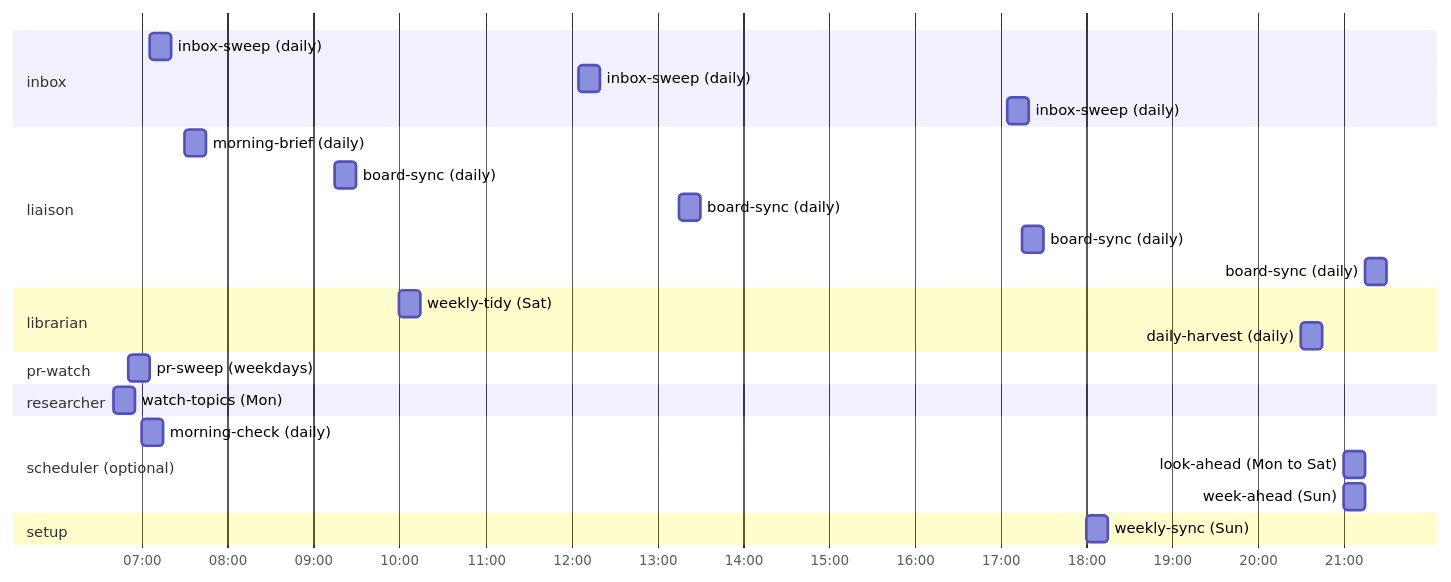
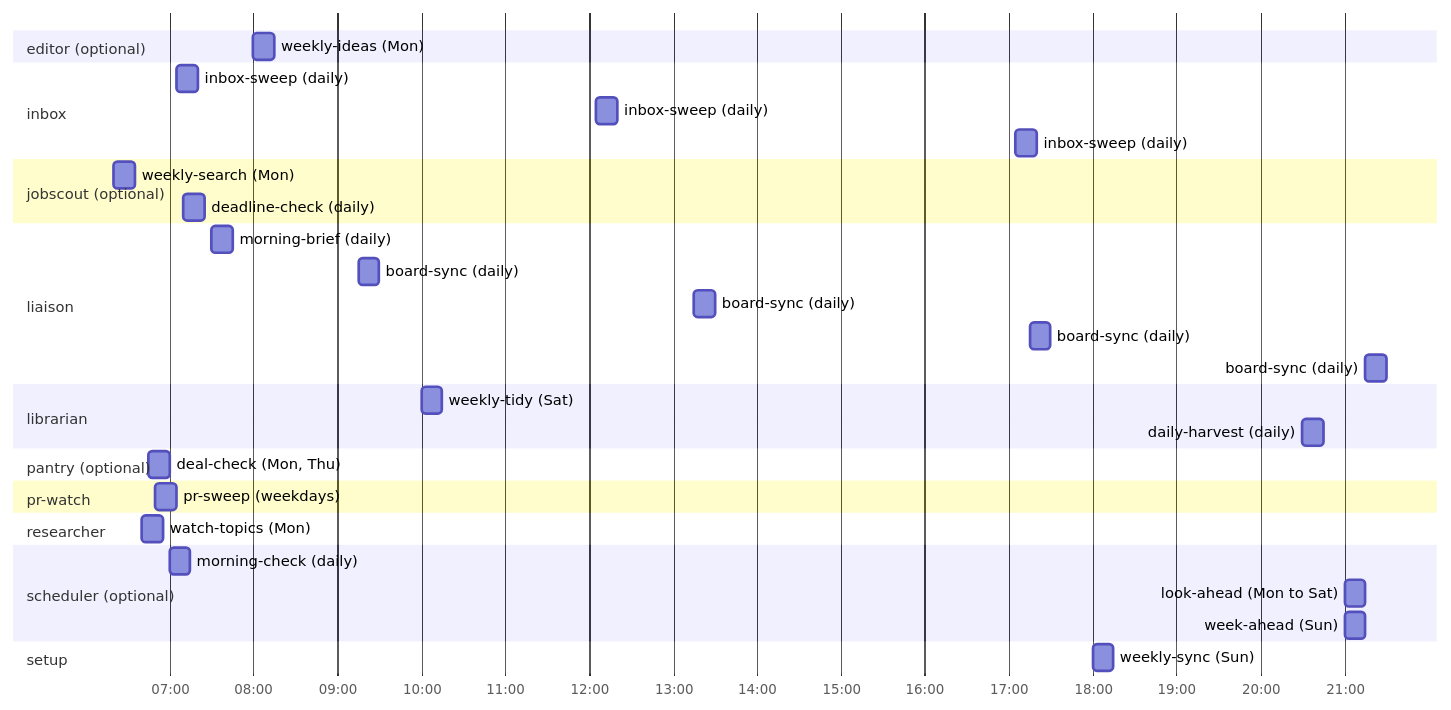
The third of 3 diagrams in docs/bot-chart.md (dfakkeldy/fakkelbot), drawn with Mermaid before and after one commit. The commit also changed other lines of this file, not shown here.

First line of the commit message:
chore: regenerate the bot chart

````diff
--- a/docs/bot-chart.md
+++ b/docs/bot-chart.md
@@ -107,30 +132,37 @@
 ```mermaid
 gantt
     dateFormat HH:mm
     axisFormat %H:%M
     tickInterval 1hour
     todayMarker off
+    section editor (optional)
+    weekly-ideas (Mon) :08:00, 15m
     section inbox
     inbox-sweep (daily) :07:05, 15m
     inbox-sweep (daily) :12:05, 15m
     inbox-sweep (daily) :17:05, 15m
+    section jobscout (optional)
+    weekly-search (Mon) :06:20, 15m
+    deadline-check (daily) :07:10, 15m
     section liaison
     morning-brief (daily) :07:30, 15m
     board-sync (daily) :09:15, 15m
     board-sync (daily) :13:15, 15m
     board-sync (daily) :17:15, 15m
     board-sync (daily) :21:15, 15m
     section librarian
     weekly-tidy (Sat) :10:00, 15m
     daily-harvest (daily) :20:30, 15m
+    section pantry (optional)
+    deal-check (Mon, Thu) :06:45, 15m
     section pr-watch
     pr-sweep (weekdays) :06:50, 15m
     section researcher
     watch-topics (Mon) :06:40, 15m
     section scheduler (optional)
     morning-check (daily) :07:00, 15m
     look-ahead (Mon to Sat) :21:00, 15m
     week-ahead (Sun) :21:00, 15m
     section setup
     weekly-sync (Sun) :18:00, 15m
 ```
````
